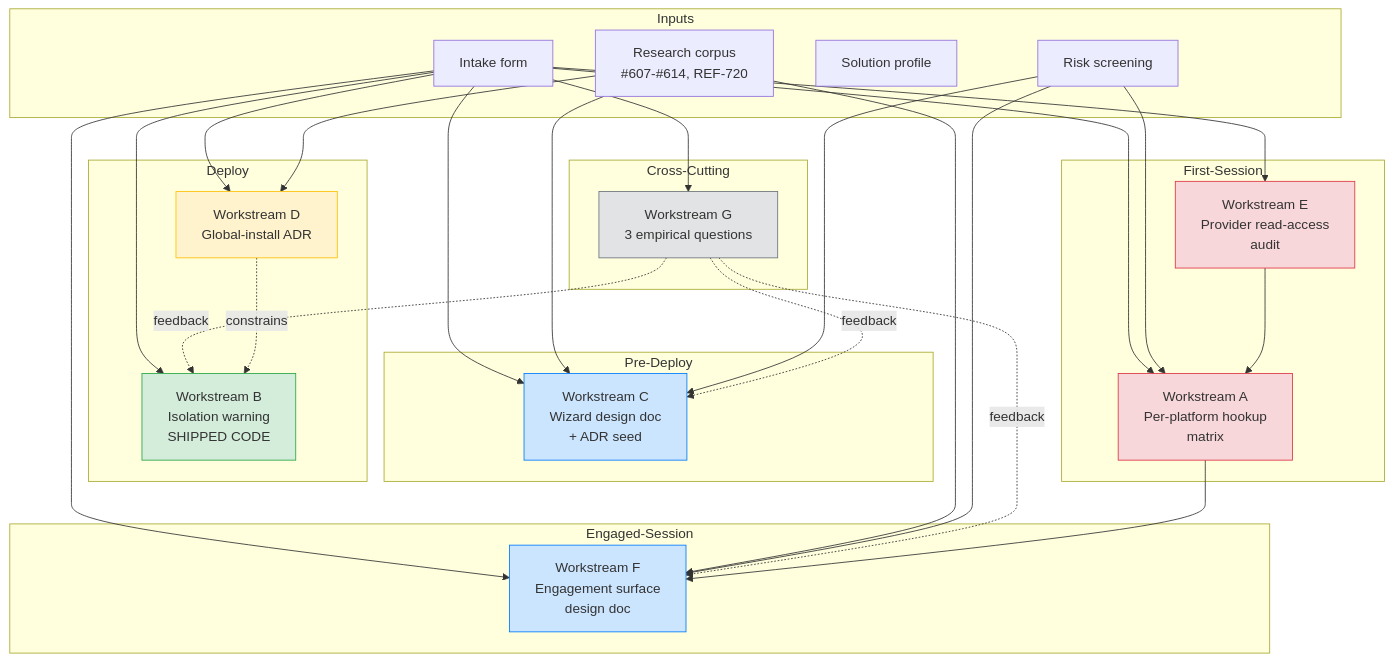
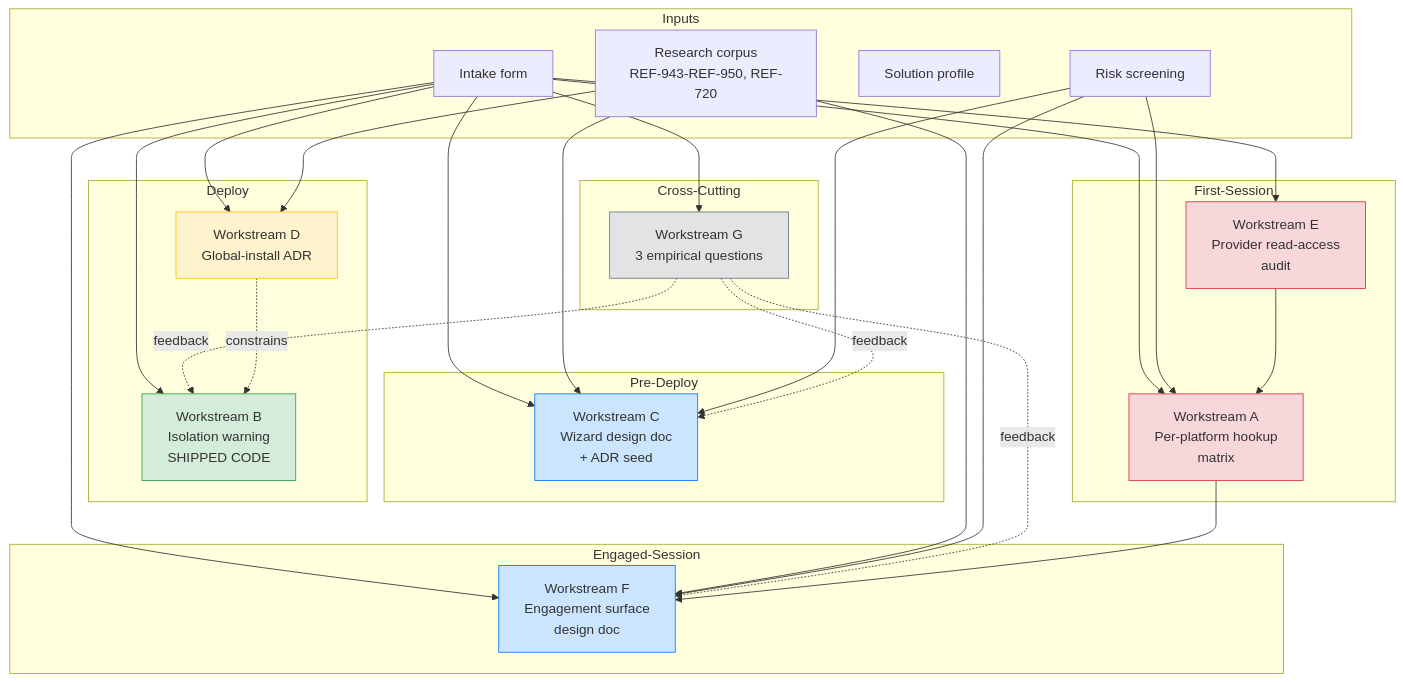
The first of 3 diagrams in .aiwg/studies/novice-user-adoption/working/sad-draft.md (jmagly/ai-writing-guide), drawn with Mermaid before and after one commit. The commit also changed other lines of this file and 18 other files, not shown here.

````diff
--- a/.aiwg/studies/novice-user-adoption/working/sad-draft.md
+++ b/.aiwg/studies/novice-user-adoption/working/sad-draft.md
@@ -80,51 +80,51 @@
 ```mermaid
 graph TB
     subgraph Inputs
         Intake[Intake form]
         Risks[Risk screening]
         Profile[Solution profile]
-        Research[Research corpus<br/>#607-#614, REF-720]
+        Research[Research corpus<br/>REF-943-REF-950, REF-720]
     end
 
     subgraph Pre-Deploy
         C[Workstream C<br/>Wizard design doc<br/>+ ADR seed]
     end
 
     subgraph Deploy
         B[Workstream B<br/>Isolation warning<br/>SHIPPED CODE]
         D[Workstream D<br/>Global-install ADR]
     end
 
     subgraph First-Session
         A[Workstream A<br/>Per-platform hookup<br/>matrix]
         E[Workstream E<br/>Provider read-access<br/>audit]
     end
 
     subgraph Engaged-Session
         F[Workstream F<br/>Engagement surface<br/>design doc]
     end
 
     subgraph Cross-Cutting
         G[Workstream G<br/>3 empirical questions]
     end
 
     Intake --> C & B & D & A & E & F & G
     Research --> C & F & D
     Risks --> A & C & F
     G -.feedback.-> C & B & F
     D -.constrains.-> B
     A --> F
     E --> A
 
     classDef impl fill:#d4edda,stroke:#28a745
     classDef adr fill:#fff3cd,stroke:#ffc107
     classDef design fill:#cce5ff,stroke:#007bff
     classDef audit fill:#f8d7da,stroke:#dc3545
     classDef data fill:#e2e3e5,stroke:#6c757d
 
     class B impl
     class D adr
     class C,F design
     class A,E audit
     class G data
 ```
````
